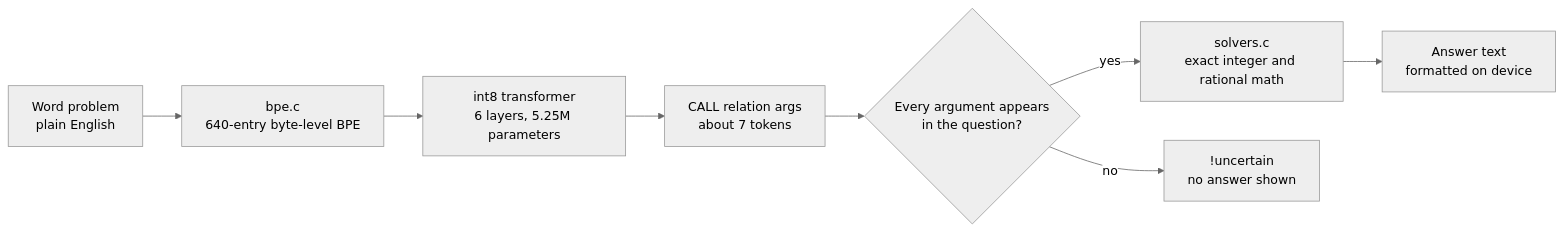
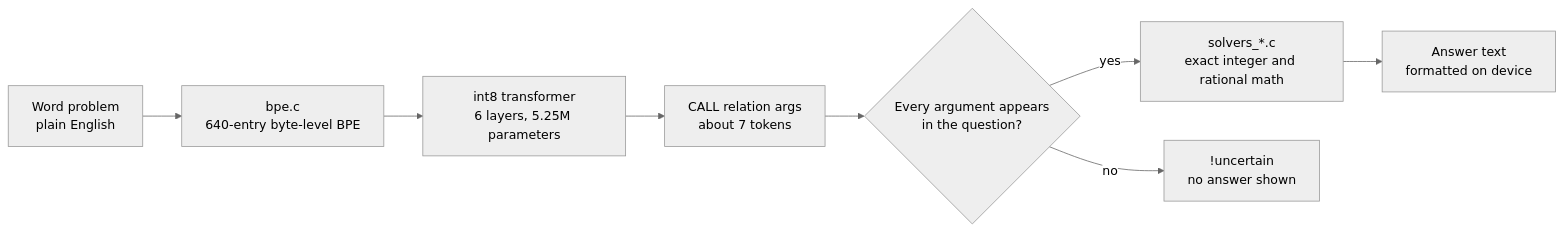
One commit to exterminatorrat/NdlessAI changed the first of 2 diagrams in README.md. Above: the diagram before and after it, drawn with Mermaid (neutral theme). The commit also changed other lines of this file and 1 other file, not shown here.

````diff
--- a/README.md
+++ b/README.md
@@ -15,10 +15,10 @@
 ```mermaid
 flowchart LR
   Q["Word problem<br/>plain English"] --> T["bpe.c<br/>640-entry byte-level BPE"]
   T --> M["int8 transformer<br/>6 layers, 5.25M parameters"]
   M --> C["CALL relation args<br/>about 7 tokens"]
   C --> G{"Every argument appears<br/>in the question?"}
-  G -- yes --> S["solvers.c<br/>exact integer and rational math"]
+  G -- yes --> S["solvers_*.c<br/>exact integer and rational math"]
   G -- no --> R["!uncertain<br/>no answer shown"]
   S --> A["Answer text<br/>formatted on device"]
 ```
````
